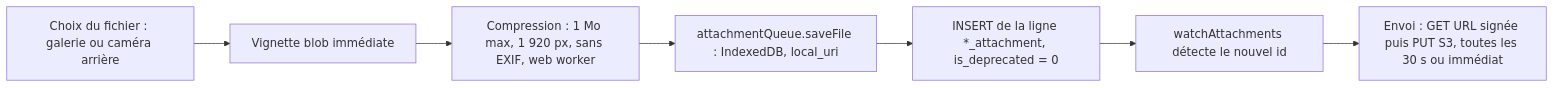
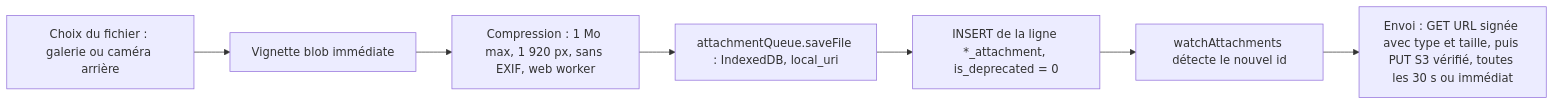
The sixth of 6 diagrams in docs/03-frontend-pwa.md (betagouv/patrinotes), drawn with Mermaid before and after one commit. The commit also changed other lines of this file and 18 other files, not shown here.

````diff
--- a/docs/03-frontend-pwa.md
+++ b/docs/03-frontend-pwa.md
@@ -476,9 +480,9 @@
 ```mermaid
 flowchart LR
     Pick["Choix du fichier : galerie ou caméra arrière"] --> Thumb["Vignette blob immédiate"]
     Thumb --> Comp["Compression : 1 Mo max, 1 920 px, sans EXIF, web worker"]
     Comp --> Save["attachmentQueue.saveFile : IndexedDB, local_uri"]
     Save --> Ins["INSERT de la ligne *_attachment, is_deprecated = 0"]
     Ins --> Watch["watchAttachments détecte le nouvel id"]
-    Watch --> Up["Envoi : GET URL signée puis PUT S3, toutes les 30 s ou immédiat"]
+    Watch --> Up["Envoi : GET URL signée avec type et taille, puis PUT S3 vérifié, toutes les 30 s ou immédiat"]
 ```
````
